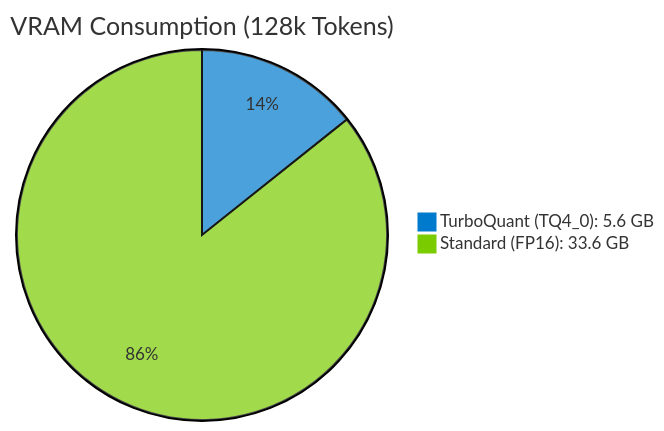
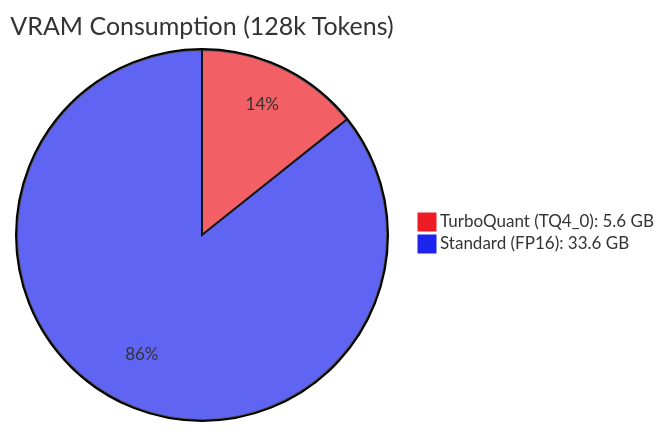
Before and after one commit to jagsan-cyber/llama.cpp: the diagram in README.md, drawn with Mermaid. The commit also changed other lines of this file, not shown here.

````diff
--- a/README.md
+++ b/README.md
@@ -22,6 +23,6 @@
 ```mermaid
-%%{init: {'theme': 'base', 'themeVariables': { 'primaryColor': '#007acc', 'edgeLabelBackground':'#ffffff', 'tertiaryColor': '#f4f4f4'}}}%%
+%%{init: {'theme': 'base', 'themeVariables': { 'primaryColor': '#ed1c24', 'edgeLabelBackground':'#ffffff', 'tertiaryColor': '#f4f4f4'}}}%%
 pie title VRAM Consumption (128k Tokens)
     "TurboQuant (TQ4_0): 5.6 GB" : 5.6
     "Standard (FP16): 33.6 GB" : 33.6
 ```
````
